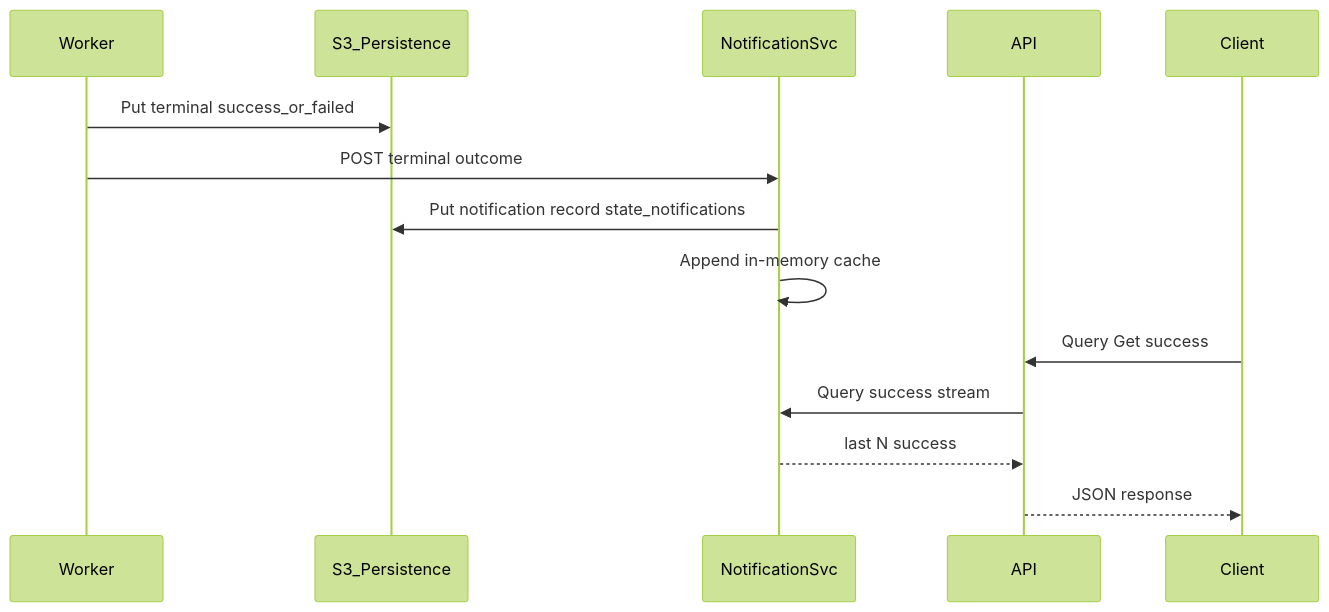
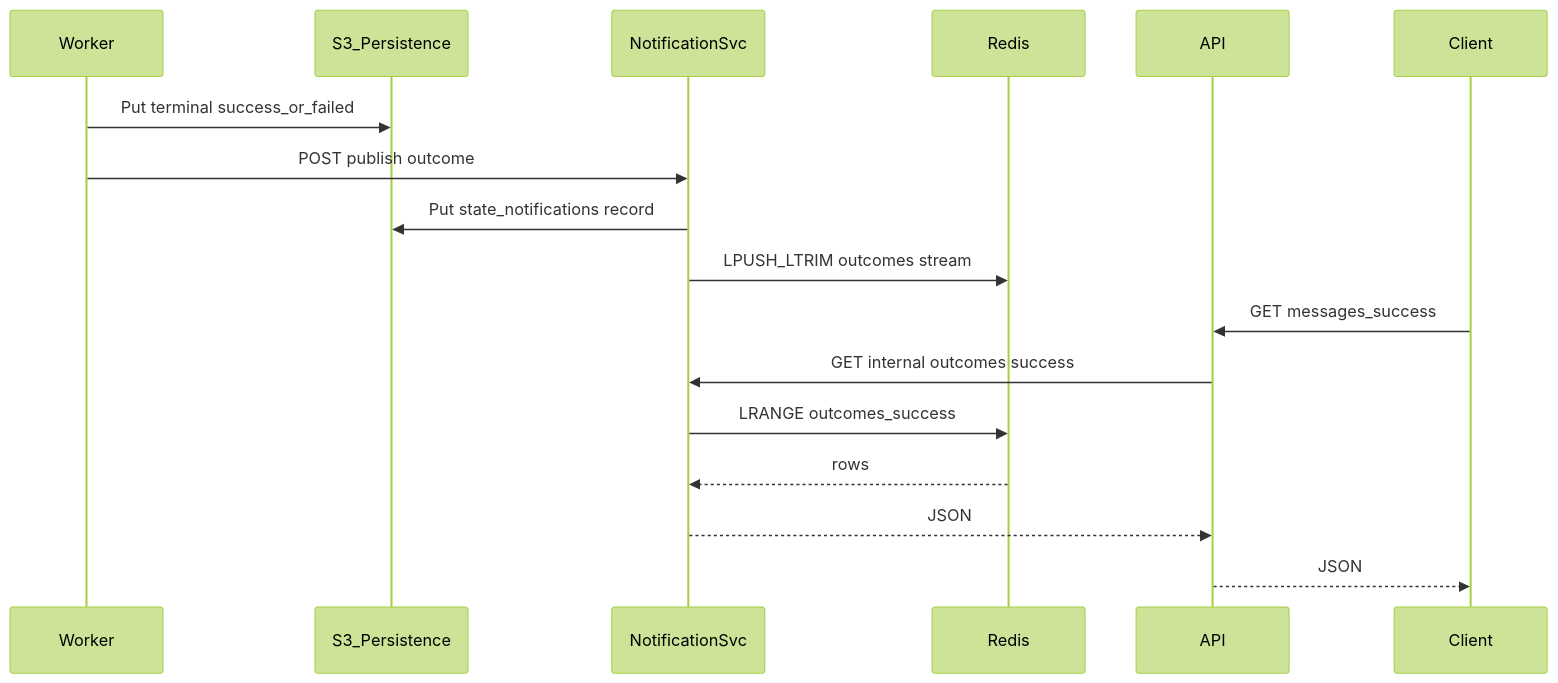
The diagram in plans/NOTIFICATION_SERVICE.md (nitzanshinnies/nitzan_shinnies_inspectio_exercise), drawn with Mermaid (forest theme) before and after one commit. The commit also changed other lines of this file and 6 other files, not shown here.

First line of the commit message:
Architecture: Redis container for outcomes hot cache

````diff
--- a/plans/NOTIFICATION_SERVICE.md
+++ b/plans/NOTIFICATION_SERVICE.md
@@ -140,18 +173,21 @@
 ```mermaid
 sequenceDiagram
   participant Worker
   participant Persist as S3_Persistence
   participant Notify as NotificationSvc
+  participant Redis
   participant API
   participant Client
 
   Worker->>Persist: Put terminal success_or_failed
-  Worker->>Notify: POST terminal outcome
-  Notify->>Persist: Put notification record state_notifications
-  Notify->>Notify: Append in-memory cache
+  Worker->>Notify: POST publish outcome
+  Notify->>Persist: Put state_notifications record
+  Notify->>Redis: LPUSH_LTRIM outcomes stream
 
-  Client->>API: Query Get success
-  API->>Notify: Query success stream
-  Notify-->>API: last N success
-  API-->>Client: JSON response
+  Client->>API: GET messages_success
+  API->>Notify: GET internal outcomes success
+  Notify->>Redis: LRANGE outcomes_success
+  Redis-->>Notify: rows
+  Notify-->>API: JSON
+  API-->>Client: JSON
 ```
````
